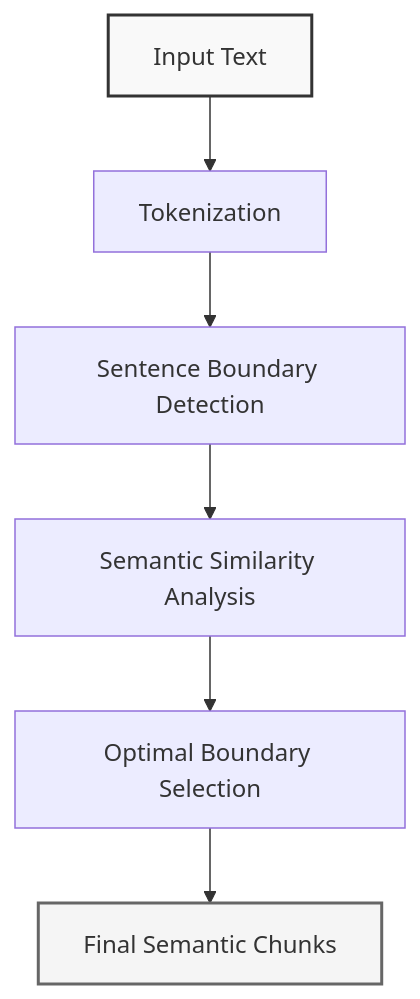
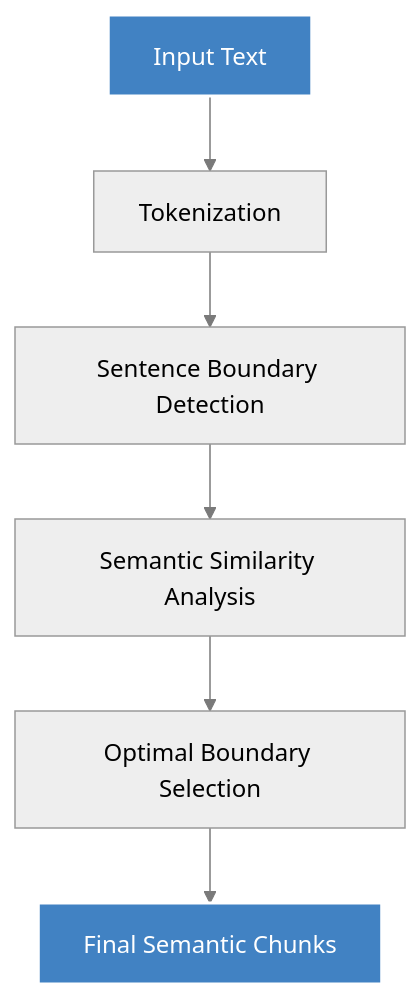
Before and after one commit to aurelio-labs/aurelio-sdk: the third of 4 diagrams in docs/user-guide/chunking.md, drawn with Mermaid. The commit also changed other lines of this file and 4 other files, not shown here.

Commit message:
fix: dark mode charts

````diff
--- a/docs/user-guide/chunking.md
+++ b/docs/user-guide/chunking.md
@@ -164,11 +166,12 @@
 ```mermaid
+%%{init: {'theme':'neutral', 'themeVariables': {'darkMode': true, 'primaryColor': '#4182c3', 'primaryTextColor': '#fff', 'primaryBorderColor': '#7a7a7a', 'lineColor': '#7a7a7a', 'secondaryColor': '#f5f5f5', 'tertiaryColor': '#333'}}}%%
 flowchart TB
     A[Input Text] --> B[Tokenization]
     B --> C[Sentence Boundary Detection]
     C --> D[Semantic Similarity Analysis]
     D --> E[Optimal Boundary Selection]
     E --> F[Final Semantic Chunks]
     
-    style A fill:#f9f9f9,stroke:#333,stroke-width:2px
-    style F fill:#f5f5f5,stroke:#666,stroke-width:2px
+    style A fill:#4182c3,stroke:#ffffff,stroke-width:2px,color:#ffffff
+    style F fill:#4182c3,stroke:#ffffff,stroke-width:2px,color:#ffffff
 ```
````
